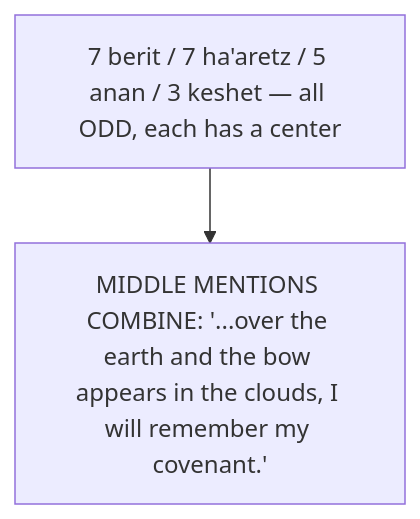
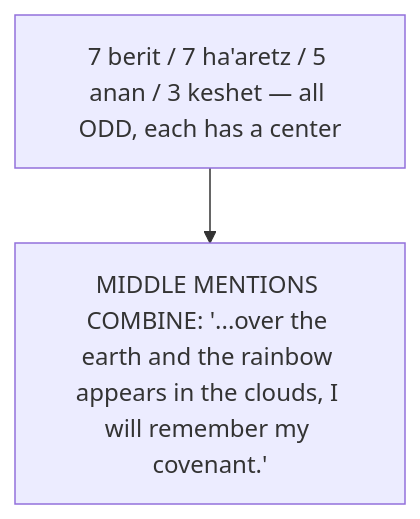
The second of 2 diagrams in study-guides/1-4-his-bow-in-the-clouds.md (rmaloneycvg/bema), drawn with Mermaid before and after one commit. The commit also changed other lines of this file and 35 other files, not shown here.

````diff
--- a/study-guides/1-4-his-bow-in-the-clouds.md
+++ b/study-guides/1-4-his-bow-in-the-clouds.md
@@ -104,6 +114,6 @@
 ```mermaid
 flowchart TB
     L["7 berit / 7 ha'aretz / 5 anan / 3 keshet — all ODD, each has a center"]
-    MID["MIDDLE MENTIONS COMBINE: '...over the earth and the bow appears in the clouds, I will remember my covenant.'"]
+    MID["MIDDLE MENTIONS COMBINE: '...over the earth and the rainbow appears in the clouds, I will remember my covenant.'"]
     L --> MID
 ```
````
